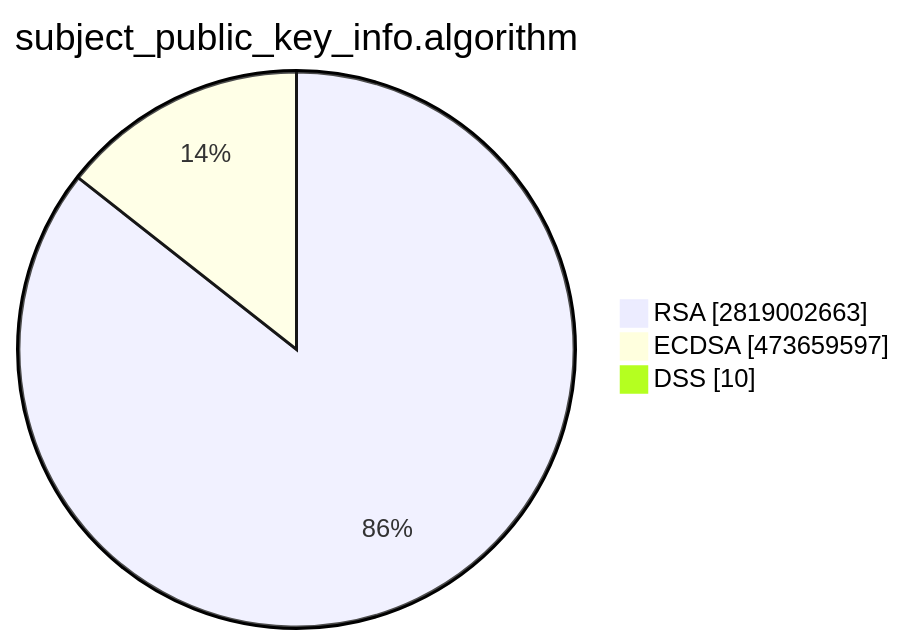
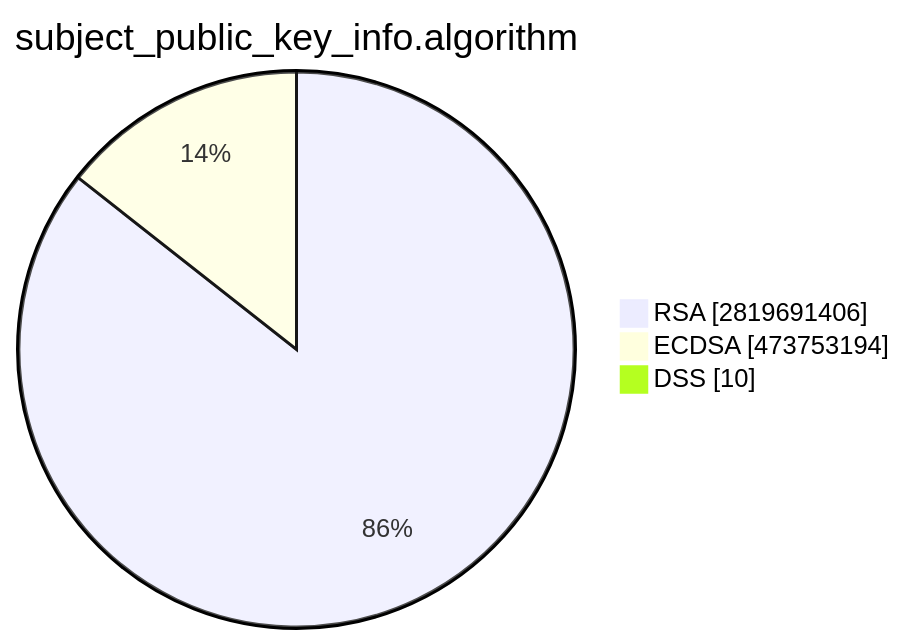
The second of 15 diagrams in TOTAL/README.md (christiankrug/ctmonitor_visualization), drawn with Mermaid before and after one commit. The commit also changed other lines of this file, not shown here.

````diff
--- a/TOTAL/README.md
+++ b/TOTAL/README.md
@@ -6,7 +6,7 @@
 ```mermaid
 pie showData
 title subject_public_key_info.algorithm
-"RSA" :2819002663
-"ECDSA" :473659597
+"RSA" :2819691406
+"ECDSA" :473753194
 "DSS" :10
 ```
````
